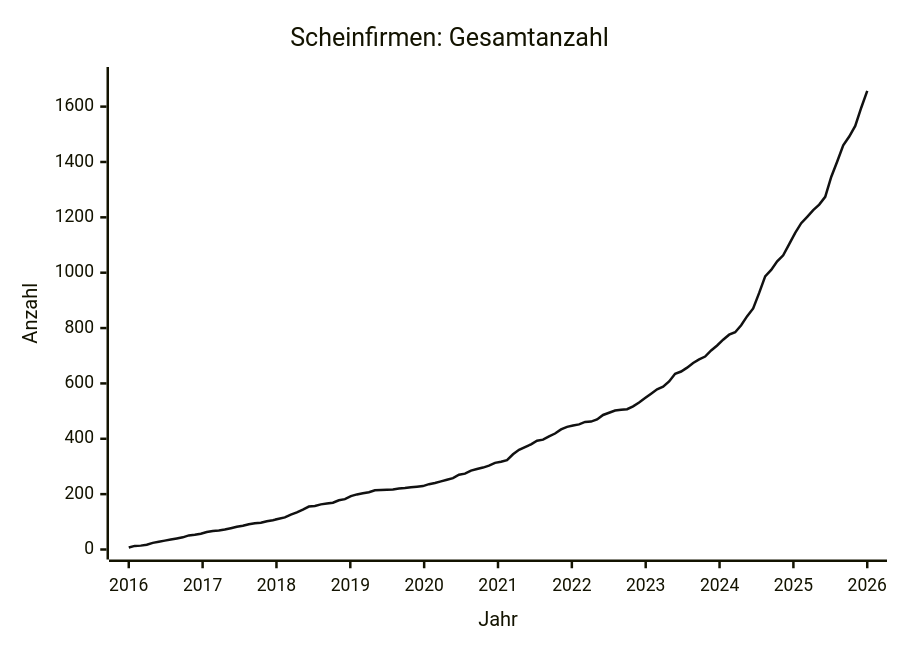
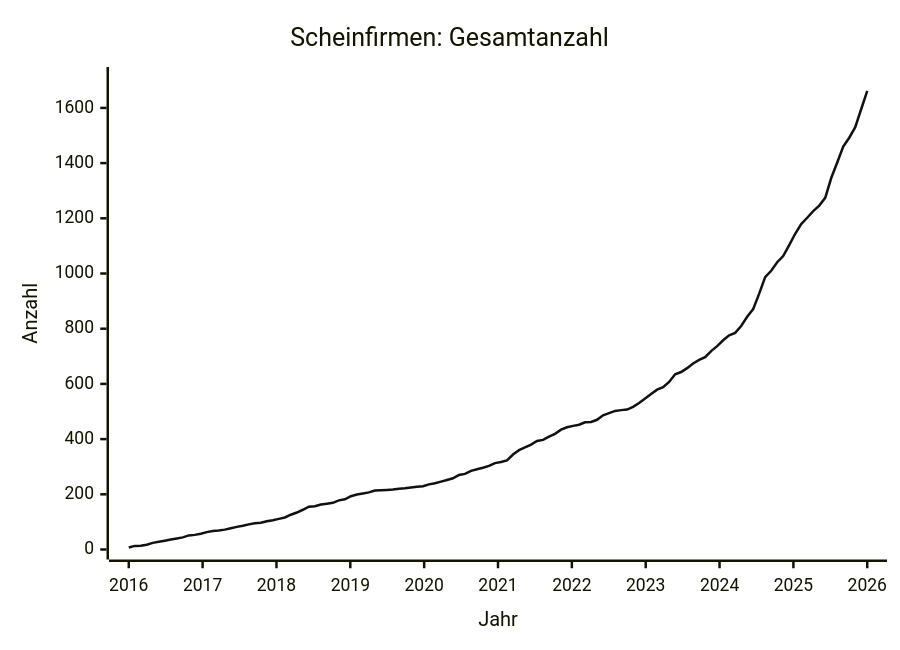
Before and after one commit to arjoma/scheinfirmen-at: the diagram in data/STATS.md, drawn with Mermaid. The commit also changed other lines of this file and 3 other files, not shown here.

````diff
--- a/data/STATS.md
+++ b/data/STATS.md
@@ -9,13 +9,13 @@
 ```mermaid
 ---
 config:
   themeVariables:
     xyChart:
       plotColorPalette: "#111111"
 ---
 xychart-beta
     title "Scheinfirmen: Gesamtanzahl"
     x-axis "Jahr" 2016 --> 2026
-    y-axis "Anzahl" 0 --> 1707
-    line [7, 13, 14, 17, 24, 28, 32, 36, 40, 44, 51, 53, 57, 63, 67, 69, 72, 77, 82, 86, 91, 95, 97, 102, 106, 111, 116, 126, 134, 144, 155, 157, 163, 166, 169, 178, 182, 193, 199, 203, 207, 214, 215, 216, 217, 220, 222, 225, 227, 229, 236, 240, 246, 252, 258, 270, 274, 285, 291, 296, 303, 313, 317, 323, 344, 360, 370, 380, 393, 397, 409, 419, 434, 443, 448, 452, 461, 462, 470, 486, 494, 502, 505, 507, 517, 531, 547, 563, 579, 588, 607, 635, 643, 657, 674, 687, 697, 719, 737, 758, 776, 785, 810, 843, 871, 927, 987, 1010, 1041, 1063, 1103, 1144, 1179, 1202, 1226, 1246, 1274, 1346, 1402, 1460, 1492, 1530, 1596, 1657]
+    y-axis "Anzahl" 0 --> 1712
+    line [7, 13, 14, 17, 24, 28, 32, 36, 40, 44, 51, 53, 57, 63, 67, 69, 72, 77, 82, 86, 91, 95, 97, 102, 106, 111, 116, 126, 134, 144, 155, 157, 163, 166, 169, 178, 182, 193, 199, 203, 207, 214, 215, 216, 217, 220, 222, 225, 227, 229, 236, 240, 246, 252, 258, 270, 274, 285, 291, 296, 303, 313, 317, 323, 344, 360, 370, 380, 393, 397, 409, 419, 434, 443, 448, 452, 461, 462, 470, 486, 494, 502, 505, 507, 517, 531, 547, 563, 579, 588, 607, 635, 643, 657, 674, 687, 697, 719, 737, 758, 776, 785, 810, 843, 871, 927, 987, 1010, 1041, 1063, 1103, 1144, 1179, 1202, 1226, 1246, 1274, 1346, 1402, 1460, 1492, 1530, 1596, 1662]
 ```
````
